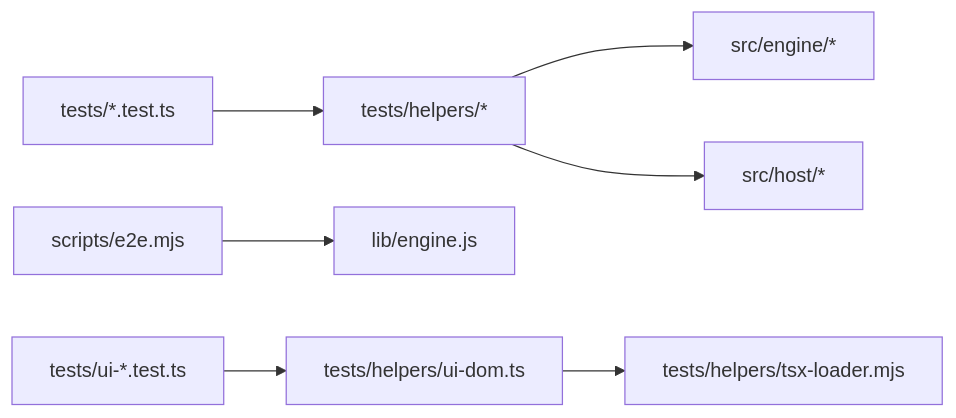
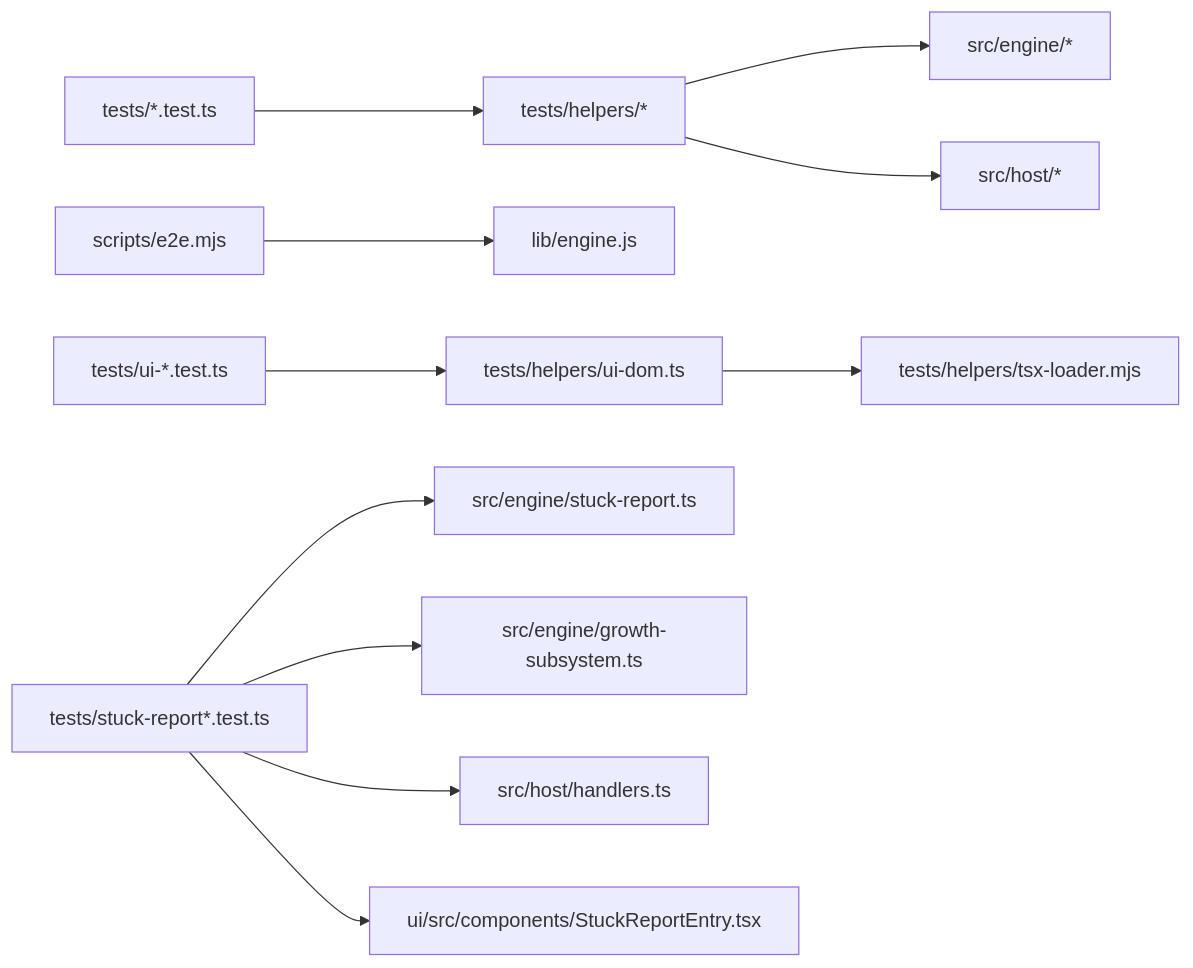
Before and after one commit to maozhijie/learnhub-plugin: the eighth of 8 diagrams in .qoder/repowiki/zh/content/测试策略/测试策略.md, drawn with Mermaid. The commit also changed other lines of this file and 8 other files, not shown here.

````diff
--- a/.qoder/repowiki/zh/content/测试策略/测试策略.md
+++ b/.qoder/repowiki/zh/content/测试策略/测试策略.md
@@ -216,9 +314,13 @@
 ```mermaid
 graph LR
 T["tests/*.test.ts"] --> H["tests/helpers/*"]
 H --> E["src/engine/*"]
 H --> R["src/host/*"]
 E2["scripts/e2e.mjs"] --> L["lib/engine.js"]
 U["tests/ui-*.test.ts"] --> X["tests/helpers/ui-dom.ts"]
 X --> TSX["tests/helpers/tsx-loader.mjs"]
+SR["tests/stuck-report*.test.ts"] --> SRM["src/engine/stuck-report.ts"]
+SR --> SRG["src/engine/growth-subsystem.ts"]
+SR --> SRH["src/host/handlers.ts"]
+SR --> SRUI["ui/src/components/StuckReportEntry.tsx"]
 ```
````
